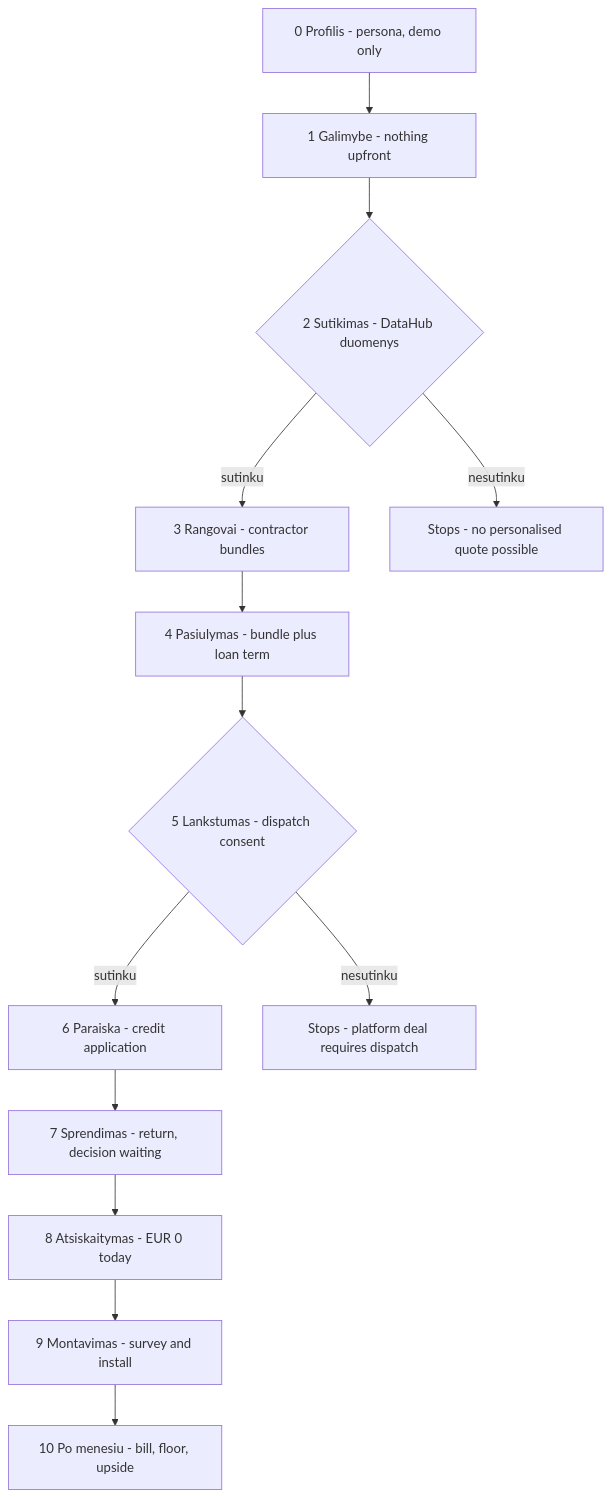
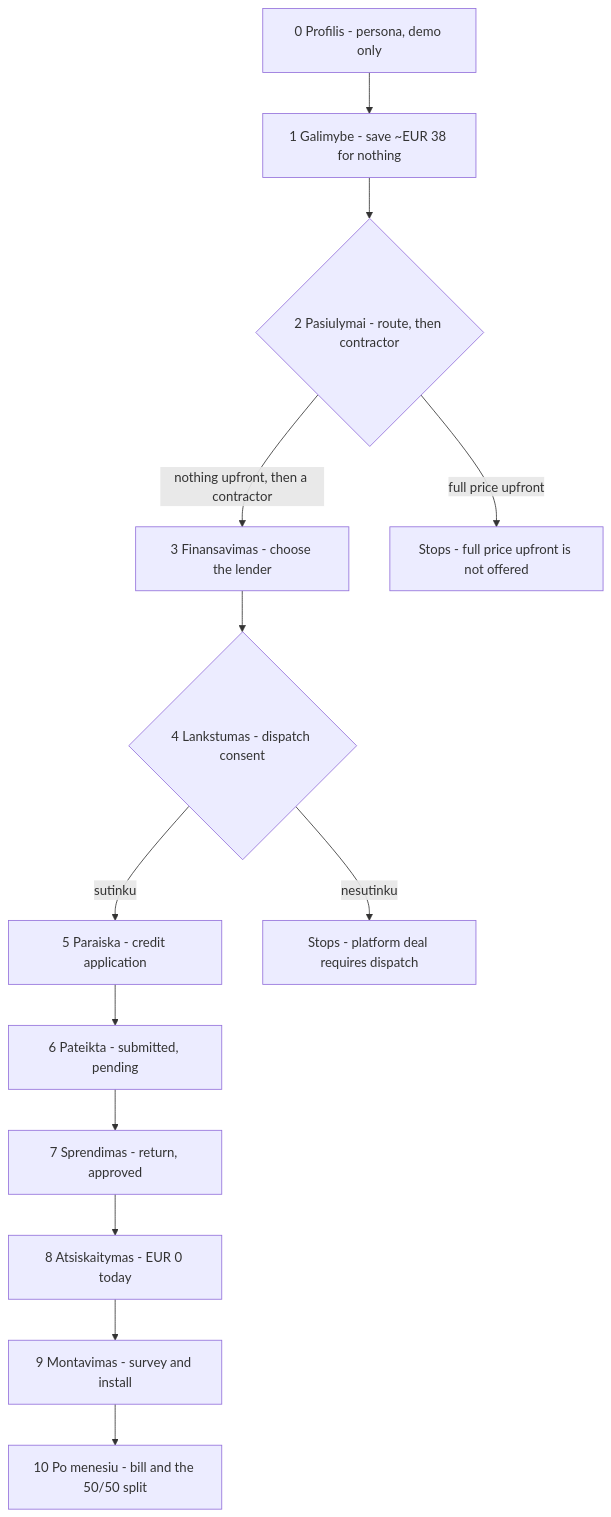
The first of 2 diagrams in docs/platform-flow.md (VentureJuozas/Ignitisx.0), drawn with Mermaid before and after one commit. The commit also changed other lines of this file and 4 other files, not shown here.

First line of the commit message:
Rework platform demo: offer-led flow, revenue share, lender choice

````diff
--- a/docs/platform-flow.md
+++ b/docs/platform-flow.md
@@ -59,24 +60,24 @@
 ```mermaid
 flowchart TD
   S0["0 Profilis - persona, demo only"]
-  S1["1 Galimybe - nothing upfront"]
-  S2{"2 Sutikimas - DataHub duomenys"}
-  S3["3 Rangovai - contractor bundles"]
-  S4["4 Pasiulymas - bundle plus loan term"]
-  S5{"5 Lankstumas - dispatch consent"}
-  S6["6 Paraiska - credit application"]
-  S7["7 Sprendimas - return, decision waiting"]
+  S1["1 Galimybe - save ~EUR 38 for nothing"]
+  S2{"2 Pasiulymai - route, then contractor"}
+  S3["3 Finansavimas - choose the lender"]
+  S4{"4 Lankstumas - dispatch consent"}
+  S5["5 Paraiska - credit application"]
+  S6["6 Pateikta - submitted, pending"]
+  S7["7 Sprendimas - return, approved"]
   S8["8 Atsiskaitymas - EUR 0 today"]
   S9["9 Montavimas - survey and install"]
-  S10["10 Po menesiu - bill, floor, upside"]
-  Stop1["Stops - no personalised quote possible"]
+  S10["10 Po menesiu - bill and the 50/50 split"]
+  Stop1["Stops - full price upfront is not offered"]
   Stop2["Stops - platform deal requires dispatch"]
 
   S0 --> S1 --> S2
-  S2 -->|"sutinku"| S3
-  S2 -->|"nesutinku"| Stop1
-  S3 --> S4 --> S5
-  S5 -->|"sutinku"| S6
-  S5 -->|"nesutinku"| Stop2
-  S6 --> S7 --> S8 --> S9 --> S10
+  S2 -->|"nothing upfront, then a contractor"| S3
+  S2 -->|"full price upfront"| Stop1
+  S3 --> S4
+  S4 -->|"sutinku"| S5
+  S4 -->|"nesutinku"| Stop2
+  S5 --> S6 --> S7 --> S8 --> S9 --> S10
 ```
````
